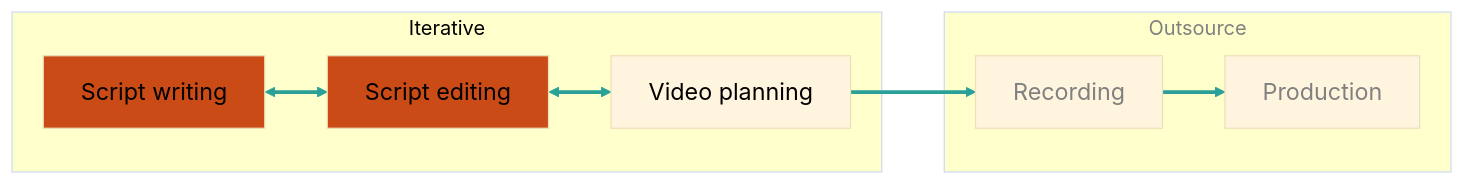
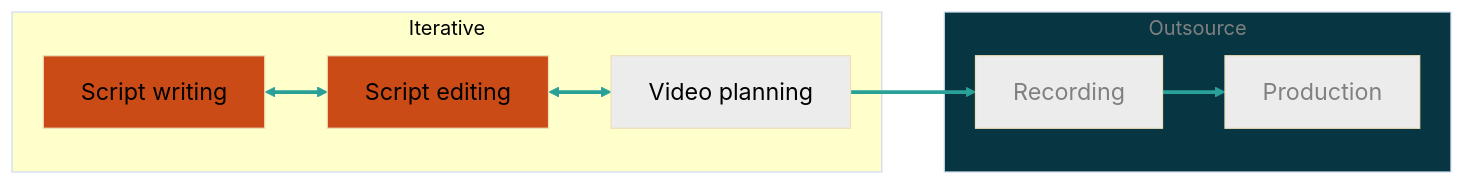
One commit to libjohn/presentation_tl_retreat changed the second of 3 diagrams in frankenstein_monster/version_1.qmd. Above: the diagram before and after it, drawn with Mermaid (base theme). The commit also changed other lines of this file and 1 other file, not shown here.

````diff
--- a/frankenstein_monster/version_1.qmd
+++ b/frankenstein_monster/version_1.qmd
@@ -112,22 +112,22 @@
 ```{mermaid}
 %%| fig-width: 20
 flowchart LR
   subgraph box1[Iterative]
   A[Script writing]:::highlight <--> B[Script editing]:::highlight
   B <--> C[Video planning]:::greybox
   end
   subgraph box2[Outsource]
   C --> D[Recording]:::greybox
   D --> E[Production]:::greybox
   end
   style A color:black
   style B color:black
   style C color:black
   style D color:grey
   style E color:grey
   style box1 fill:#FFFFCC,color:black
-  style box2 fill:#FFFFCC,color:grey
+  style box2 fill:#073642,color:grey
   linkStyle default stroke-width:3px,stroke:#2aa198
   classDef highlight fill:#cb4b16,font-size:14pt
-  classDef greybox fill:#ECECECC,font-size:14pt
+  classDef greybox fill:#ECECEC,font-size:14pt
 ```
````
